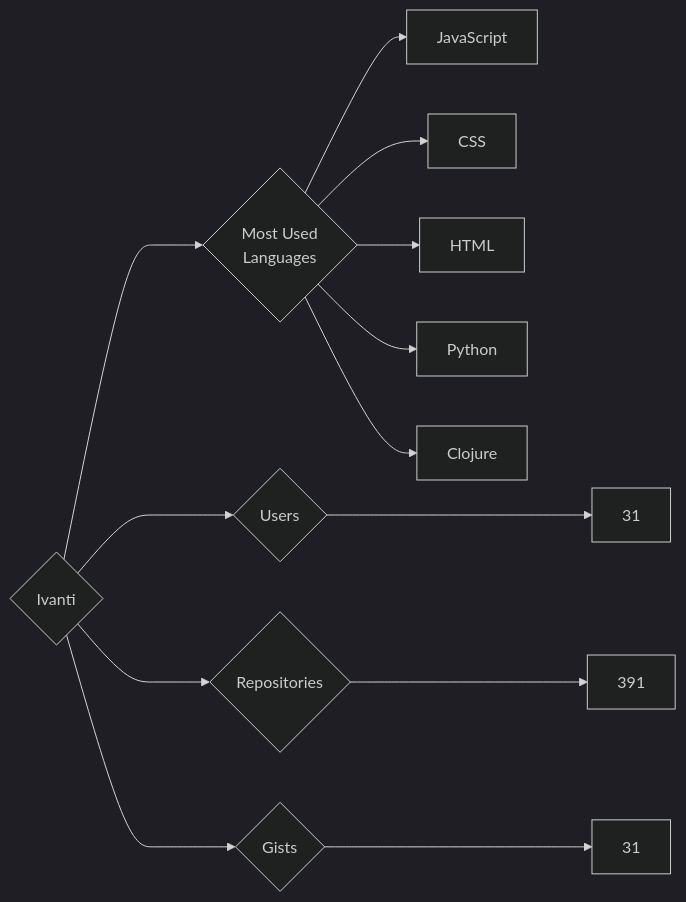
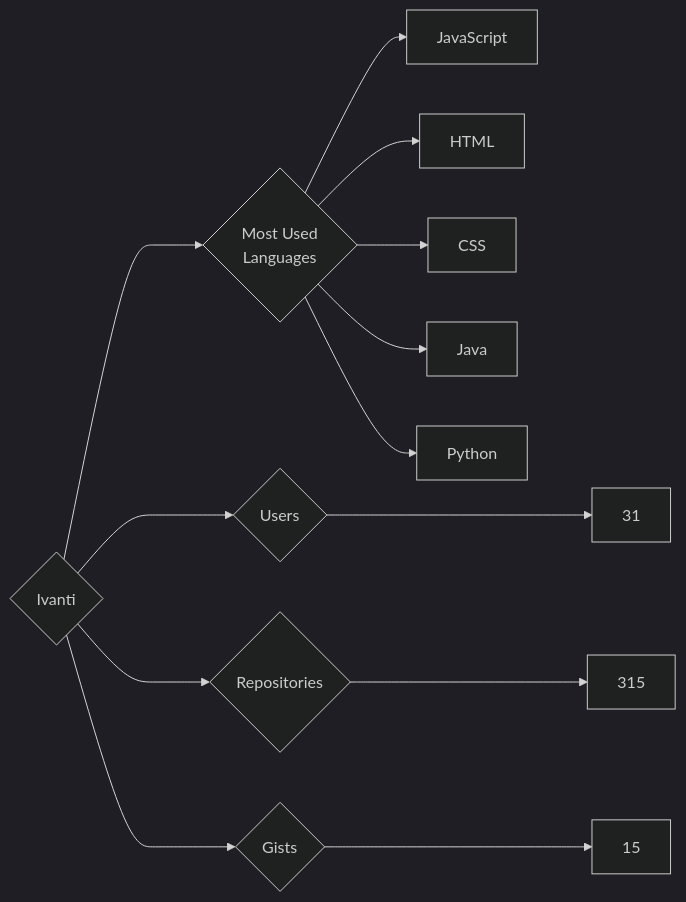
Before and after one commit to trickest/insiders: the diagram in targets/Ivanti/README.md, drawn with Mermaid (dark theme). The commit also changed 786 other files, not shown here.

````diff
--- a/targets/Ivanti/README.md
+++ b/targets/Ivanti/README.md
@@ -3,13 +3,13 @@
 ```mermaid
 graph LR
 COMPANY_NAME{Ivanti}
 COMPANY_NAME ---> U{Users} ---> UN[31]
-COMPANY_NAME ---> R{Repositories} ---> RN[391]
-COMPANY_NAME ---> G{Gists} ---> GN[31]
+COMPANY_NAME ---> R{Repositories} ---> RN[315]
+COMPANY_NAME ---> G{Gists} ---> GN[15]
 COMPANY_NAME ---> ML{Most Used<br>Languages}
 ML --> JavaScript[JavaScript]
+ML --> HTML[HTML]
 ML --> CSS[CSS]
-ML --> HTML[HTML]
+ML --> Java[Java]
 ML --> Python[Python]
-ML --> Clojure[Clojure]
 ```
````
